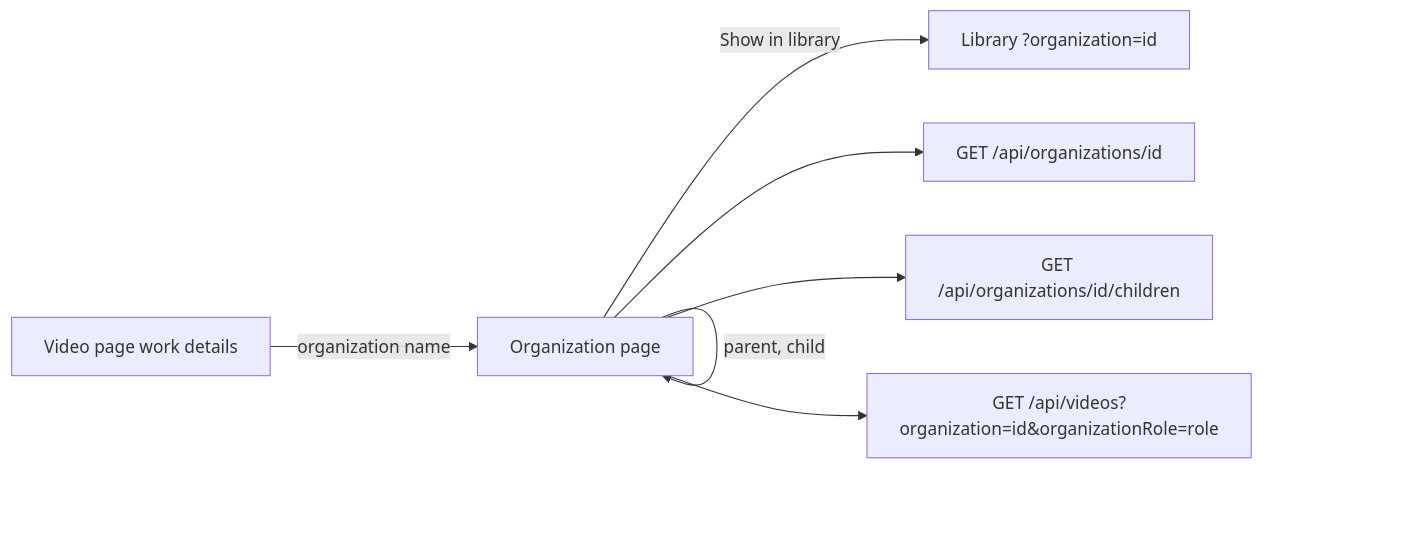
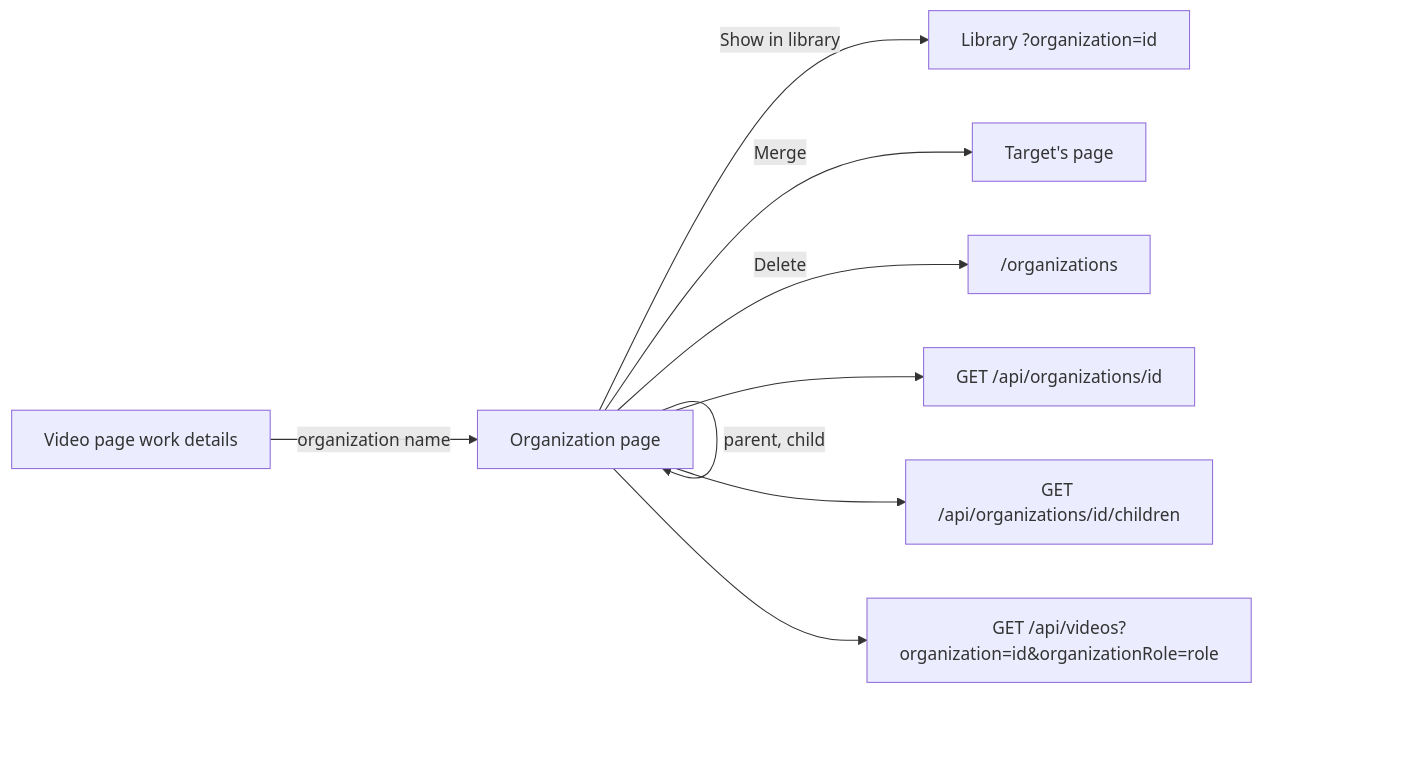
One commit to syudead/vv changed the diagram in docs/design-docs/organizations.md. Above: the diagram before and after it, drawn with Mermaid. The commit also changed other lines of this file and 10 other files, not shown here.

````diff
--- a/docs/design-docs/organizations.md
+++ b/docs/design-docs/organizations.md
@@ -12,9 +12,11 @@
 ```mermaid
 flowchart LR
   video[Video page work details] -->|organization name| page[Organization page]
   page -->|parent, child| page
   page -->|Show in library| library["Library ?organization=id"]
+  page -->|Merge| target[Target's page]
+  page -->|Delete| list["/organizations"]
   page --> one[GET /api/organizations/id]
   page --> children[GET /api/organizations/id/children]
   page --> videos[GET /api/videos?organization=id&organizationRole=role]
 ```
````
